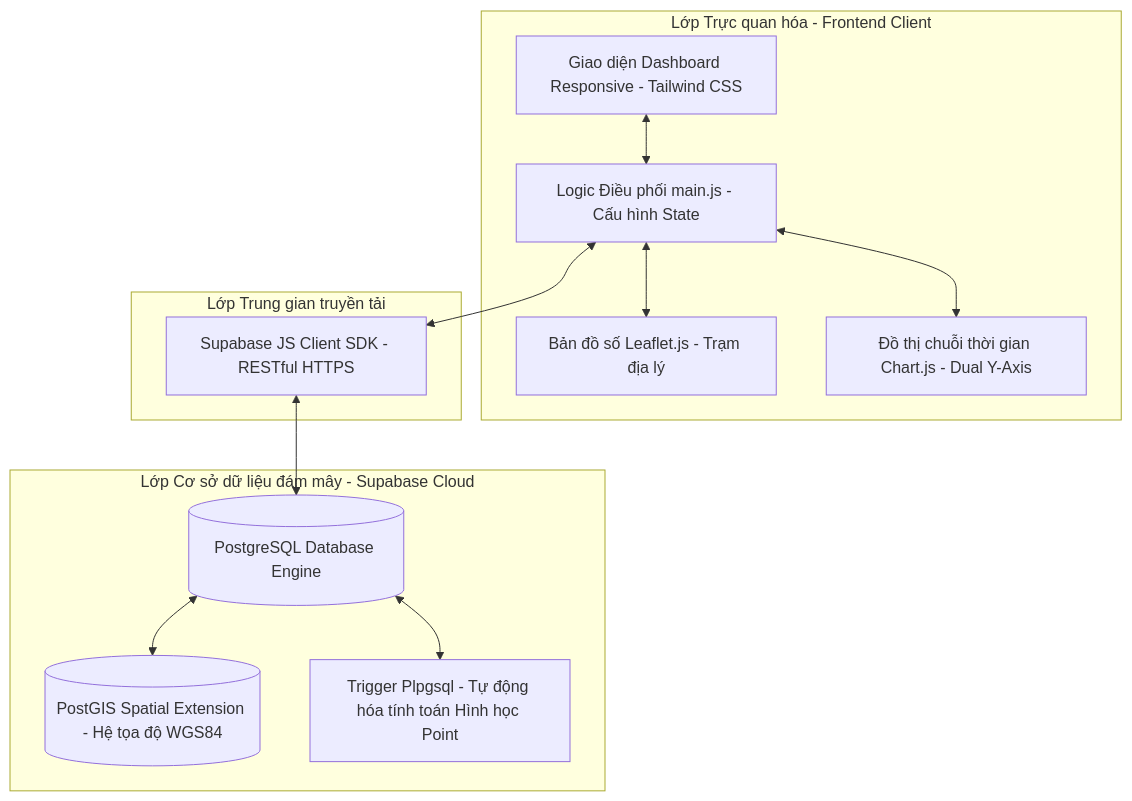
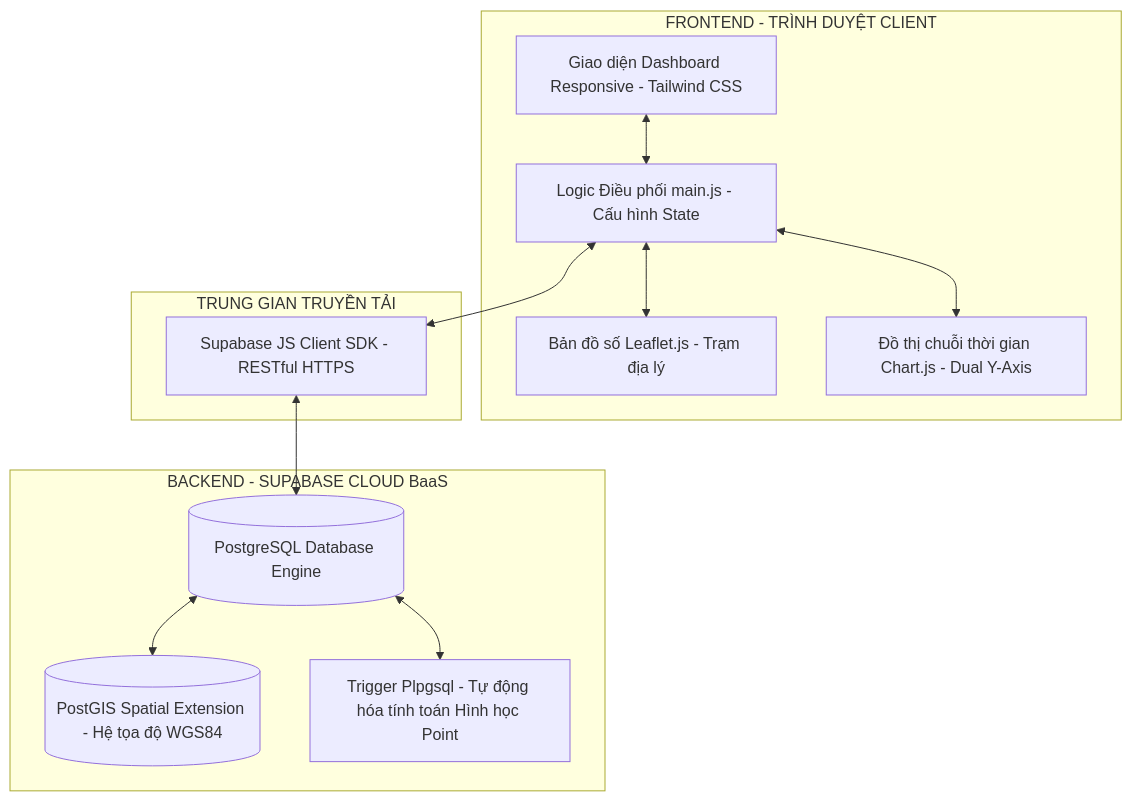
One commit to chuvitvang/WebGIS_dashboad_thuyvan changed the second of 8 diagrams in README.md. Above: the diagram before and after it, drawn with Mermaid. The commit also changed other lines of this file and 2 other files, not shown here.

````diff
--- a/README.md
+++ b/README.md
@@ -43,27 +56,27 @@
 ```mermaid
 graph TD
-    subgraph Client [Lớp Trực quan hóa - Frontend Client]
+    subgraph Client [FRONTEND - TRÌNH DUYỆT CLIENT]
         UI[Giao diện Dashboard Responsive - Tailwind CSS]
         Leaflet[Bản đồ số Leaflet.js - Trạm địa lý]
         ChartJS[Đồ thị chuỗi thời gian Chart.js - Dual Y-Axis]
         JS[Logic Điều phối main.js - Cấu hình State]
     end
 
-    subgraph API_Gateway [Lớp Trung gian truyền tải]
+    subgraph API_Gateway [TRUNG GIAN TRUYỀN TẢI]
         REST[Supabase JS Client SDK - RESTful HTTPS]
     end
 
-    subgraph Server [Lớp Cơ sở dữ liệu đám mây - Supabase Cloud]
+    subgraph Server [BACKEND - SUPABASE CLOUD BaaS]
         DB[(PostgreSQL Database Engine)]
         GIS[(PostGIS Spatial Extension - Hệ tọa độ WGS84)]
         Trig[Trigger Plpgsql - Tự động hóa tính toán Hình học Point]
     end
 
     UI <--> JS
     JS <--> Leaflet
     JS <--> ChartJS
     JS <--> REST
     REST <--> DB
     DB <--> GIS
     DB <--> Trig
 ```
````
